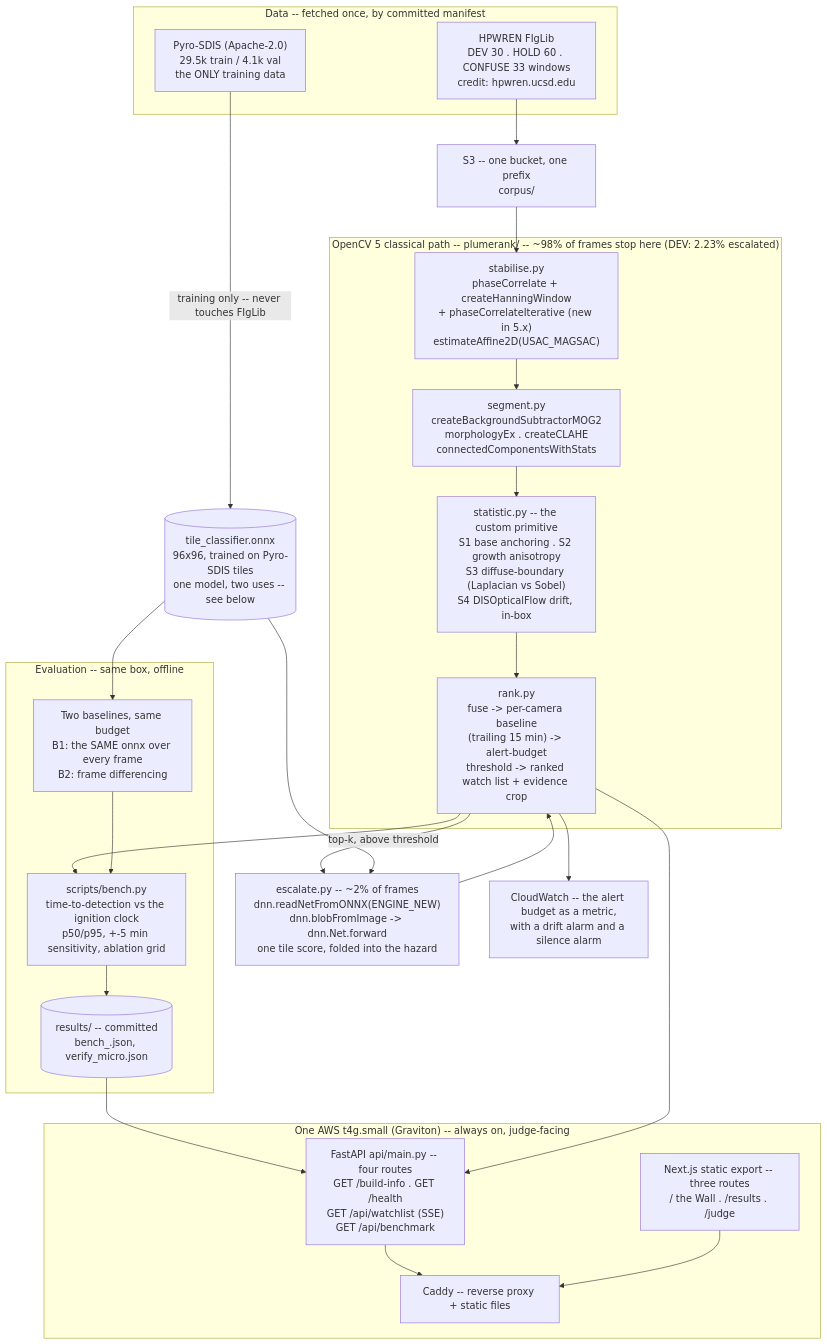
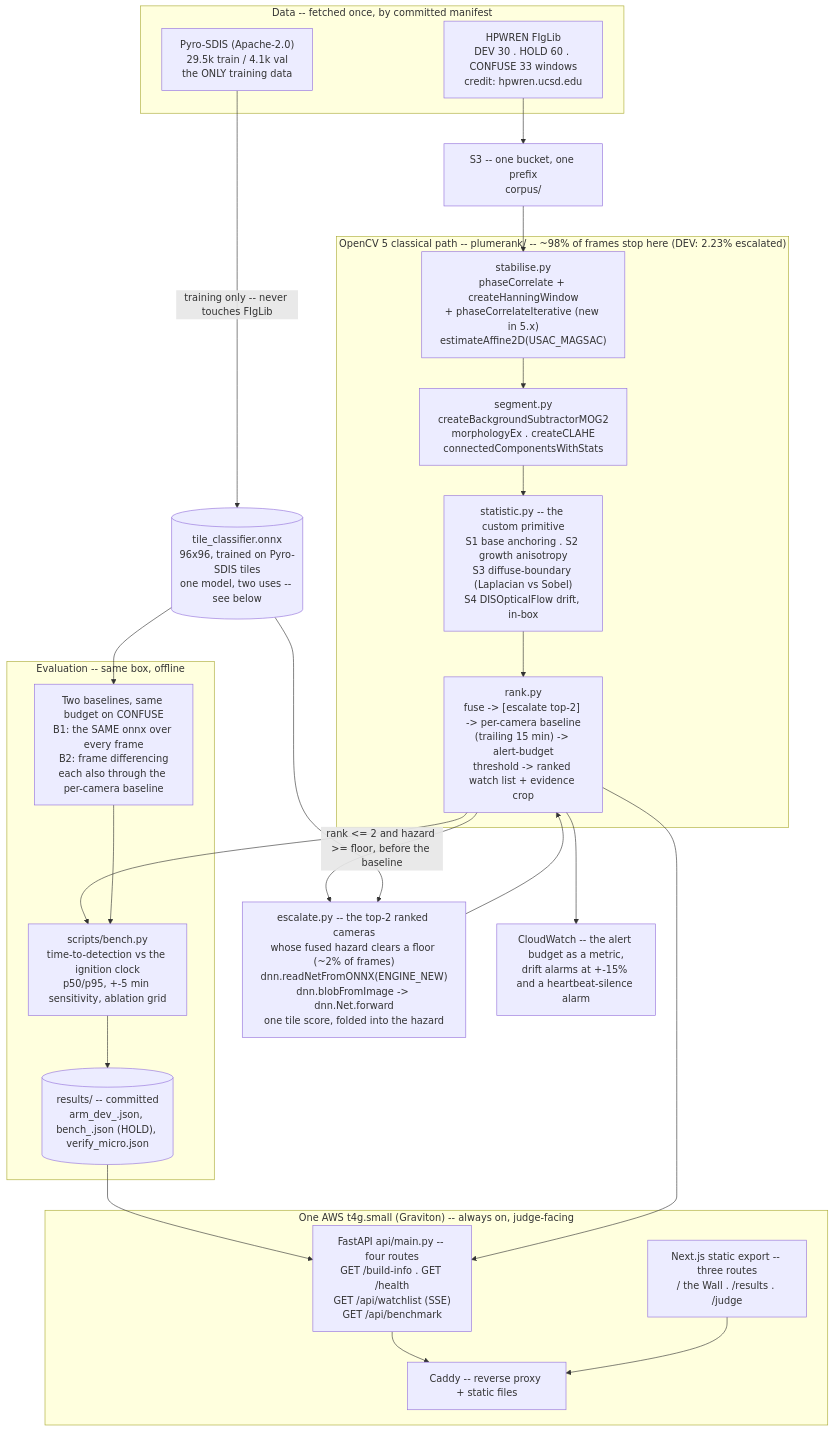
The diagram in ARCHITECTURE.md (attilayener/plumerank), drawn with Mermaid before and after one commit. The commit also changed other lines of this file and 35 other files, not shown here.

````diff
--- a/ARCHITECTURE.md
+++ b/ARCHITECTURE.md
@@ -6,46 +6,46 @@
 ```mermaid
 flowchart TB
     subgraph SRC["Data -- fetched once, by committed manifest"]
         FIG["HPWREN FIgLib<br/>DEV 30 . HOLD 60 . CONFUSE 33 windows<br/>credit: hpwren.ucsd.edu"]
         PYR["Pyro-SDIS (Apache-2.0)<br/>29.5k train / 4.1k val<br/>the ONLY training data"]
     end
 
     S3B["S3 -- one bucket, one prefix<br/>corpus/"]
 
     subgraph CV["OpenCV 5 classical path -- plumerank/ -- ~98% of frames stop here (DEV: 2.23% escalated)"]
         STAB["stabilise.py<br/>phaseCorrelate + createHanningWindow<br/>+ phaseCorrelateIterative (new in 5.x)<br/>estimateAffine2D(USAC_MAGSAC)"]
         SEG["segment.py<br/>createBackgroundSubtractorMOG2<br/>morphologyEx . createCLAHE<br/>connectedComponentsWithStats"]
         STAT["statistic.py -- the custom primitive<br/>S1 base anchoring . S2 growth anisotropy<br/>S3 diffuse-boundary (Laplacian vs Sobel)<br/>S4 DISOpticalFlow drift, in-box"]
-        RANK["rank.py<br/>fuse -> per-camera baseline<br/>(trailing 15 min) -> alert-budget<br/>threshold -> ranked watch list + evidence crop"]
+        RANK["rank.py<br/>fuse -> [escalate top-2] -> per-camera baseline<br/>(trailing 15 min) -> alert-budget<br/>threshold -> ranked watch list + evidence crop"]
     end
 
-    ESC["escalate.py -- ~2% of frames<br/>dnn.readNetFromONNX(ENGINE_NEW)<br/>dnn.blobFromImage -> dnn.Net.forward<br/>one tile score, folded into the hazard"]
+    ESC["escalate.py -- the top-2 ranked cameras<br/>whose fused hazard clears a floor (~2% of frames)<br/>dnn.readNetFromONNX(ENGINE_NEW)<br/>dnn.blobFromImage -> dnn.Net.forward<br/>one tile score, folded into the hazard"]
 
     ONNX[("tile_classifier.onnx<br/>96x96, trained on Pyro-SDIS tiles<br/>one model, two uses -- see below")]
 
     subgraph EVAL["Evaluation -- same box, offline"]
         BENCH["scripts/bench.py<br/>time-to-detection vs the ignition clock<br/>p50/p95, +-5 min sensitivity, ablation grid"]
-        BASE["Two baselines, same budget<br/>B1: the SAME onnx over every frame<br/>B2: frame differencing"]
-        RES[("results/ -- committed<br/>bench_<date>.json, verify_micro.json")]
+        BASE["Two baselines, same budget on CONFUSE<br/>B1: the SAME onnx over every frame<br/>B2: frame differencing<br/>each also through the per-camera baseline"]
+        RES[("results/ -- committed<br/>arm_dev_<date>.json, bench_<date>.json (HOLD), verify_micro.json")]
     end
 
     subgraph BOX["One AWS t4g.small (Graviton) -- always on, judge-facing"]
         API["FastAPI api/main.py -- four routes<br/>GET /build-info . GET /health<br/>GET /api/watchlist (SSE)<br/>GET /api/benchmark"]
         WEB["Next.js static export -- three routes<br/>/ the Wall . /results . /judge"]
         CADDY["Caddy -- reverse proxy + static files"]
     end
 
-    CW["CloudWatch -- the alert budget as a metric,<br/>with a drift alarm and a silence alarm"]
+    CW["CloudWatch -- the alert budget as a metric,<br/>drift alarms at +-15% and a heartbeat-silence alarm"]
 
     FIG --> S3B --> STAB --> SEG --> STAT --> RANK
-    RANK -->|"top-k, above threshold"| ESC --> RANK
+    RANK -->|"rank <= 2 and hazard >= floor, before the baseline"| ESC --> RANK
     ONNX --> ESC
     ONNX --> BASE
     PYR -->|"training only -- never touches FIgLib"| ONNX
     RANK --> BENCH
     BASE --> BENCH --> RES --> API
     RANK --> API
     API --> CADDY
     WEB --> CADDY
     RANK --> CW
 ```
````
